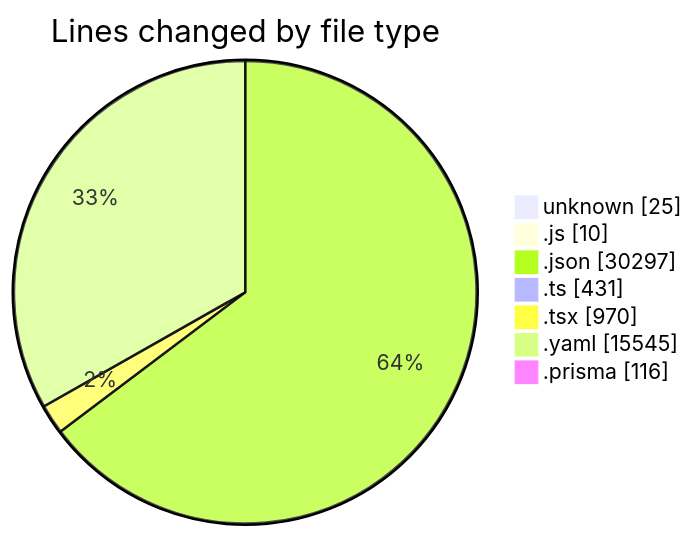
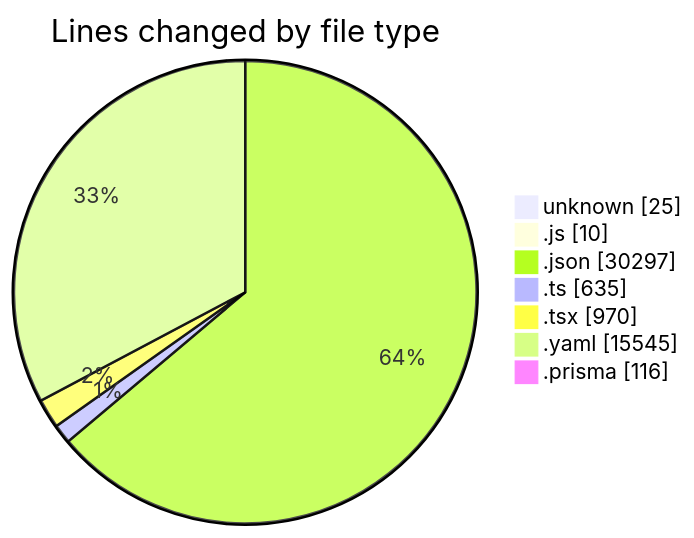
Before and after one commit to CELIANVF/code-tracking: the first of 2 diagrams in 2025-05-02/ecodeli/README.md, drawn with Mermaid. The commit also changed other lines of this file and 1 other file, not shown here.

````diff
--- a/2025-05-02/ecodeli/README.md
+++ b/2025-05-02/ecodeli/README.md
@@ -44,11 +45,11 @@
 ```mermaid
 pie showData
 title Lines changed by file type
 "unknown" : 25
 ".js" : 10
 ".json" : 30297
-".ts" : 431
+".ts" : 635
 ".tsx" : 970
 ".yaml" : 15545
 ".prisma" : 116
 ```
````
